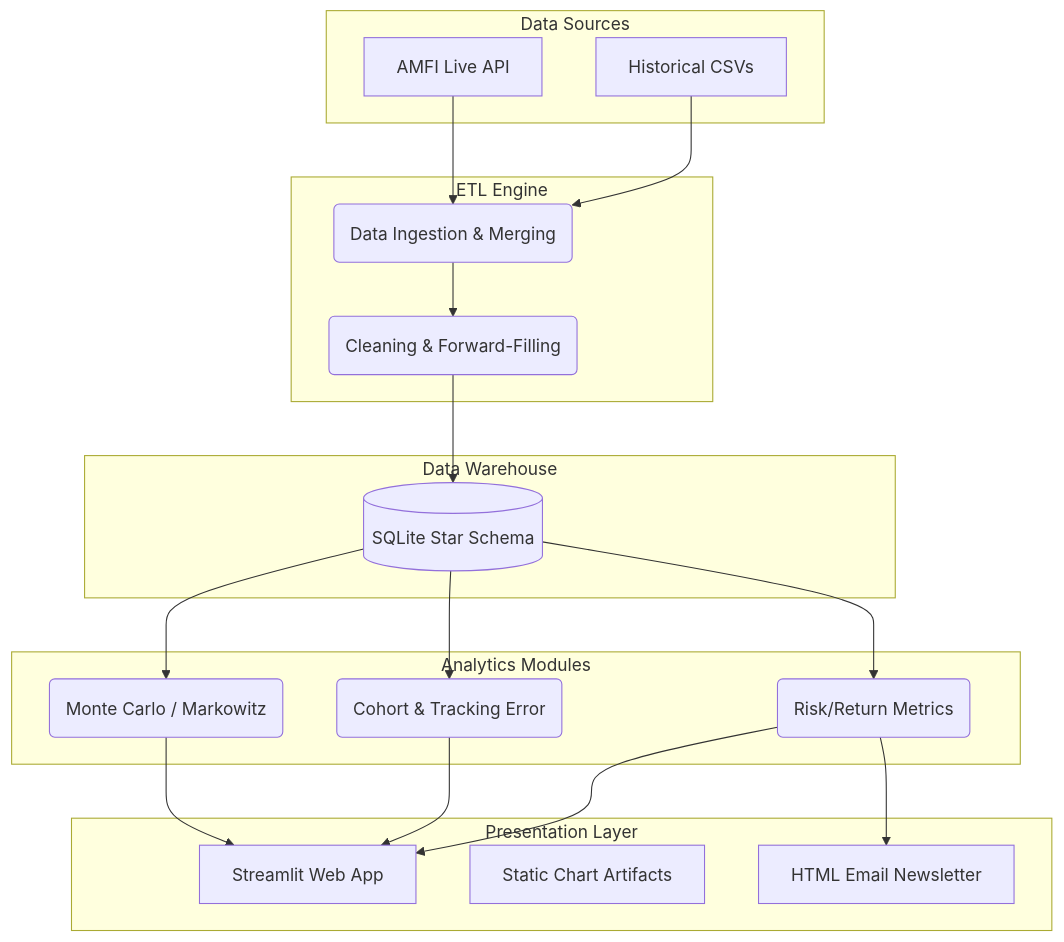
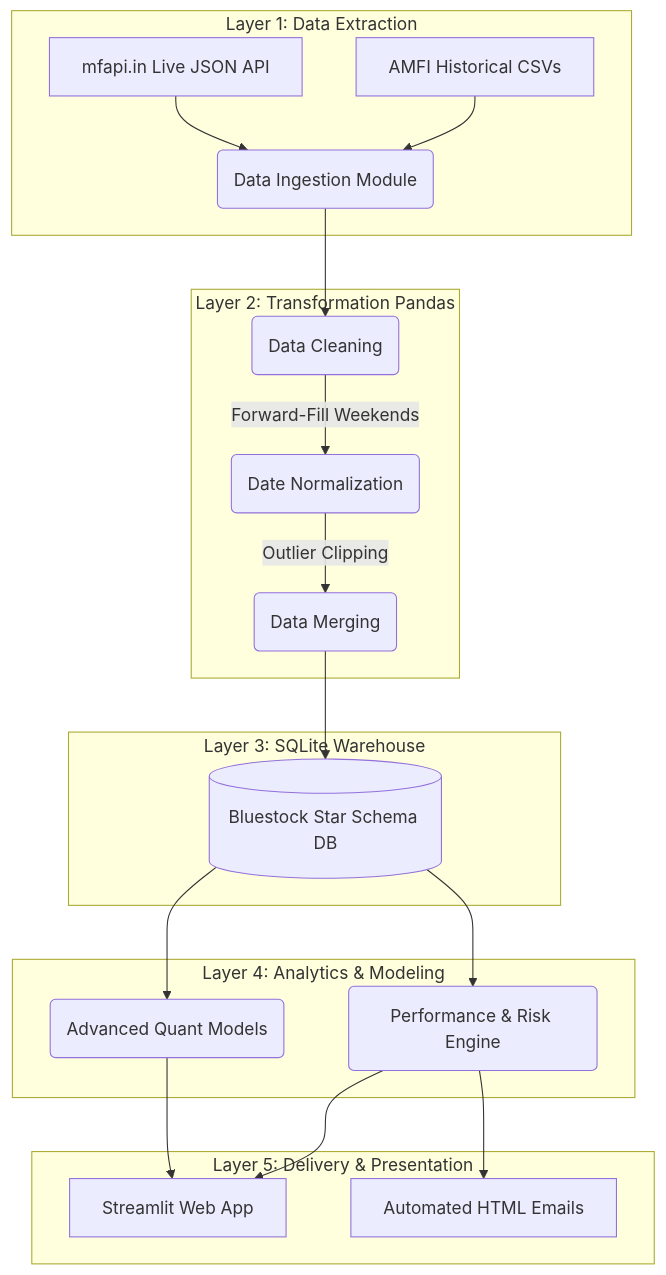
One commit to karanveersingh05/MutualFundsAnalytics changed the second of 2 diagrams in reports/Final_Report.md. Above: the diagram before and after it, drawn with Mermaid. The commit also changed other lines of this file, not shown here.

````diff
--- a/reports/Final_Report.md
+++ b/reports/Final_Report.md
@@ -32,40 +70,28 @@
 ```mermaid
 graph TD
-    subgraph Data Sources
-        A[Historical CSVs]
-        B[AMFI Live API]
+    subgraph Layer 1: Data Extraction
+        A[AMFI Historical CSVs] --> C
+        B[mfapi.in Live JSON API] --> C
     end
     
-    subgraph ETL Engine
-        C(Data Ingestion & Merging)
-        D(Cleaning & Forward-Filling)
+    subgraph Layer 2: Transformation Pandas
+        C(Data Ingestion Module) --> D(Data Cleaning)
+        D -->|Forward-Fill Weekends| E(Date Normalization)
+        E -->|Outlier Clipping| F(Data Merging)
     end
     
-    subgraph Data Warehouse
-        E[(SQLite Star Schema)]
+    subgraph Layer 3: SQLite Warehouse
+        F --> G[(Bluestock Star Schema DB)]
     end
     
-    subgraph Analytics Modules
-        F(Risk/Return Metrics)
-        G(Cohort & Tracking Error)
-        H(Monte Carlo / Markowitz)
+    subgraph Layer 4: Analytics & Modeling
+        G --> H(Performance & Risk Engine)
+        G --> I(Advanced Quant Models)
     end
     
-    subgraph Presentation Layer
-        I[Streamlit Web App]
-        J[Static Chart Artifacts]
-        K[HTML Email Newsletter]
+    subgraph Layer 5: Delivery & Presentation
+        H --> J[Streamlit Web App]
+        I --> J
+        H --> K[Automated HTML Emails]
     end
-
-    A --> C
-    B --> C
-    C --> D
-    D --> E
-    E --> F
-    E --> G
-    E --> H
-    F --> I
-    G --> I
-    H --> I
-    F --> K
 ```
````
